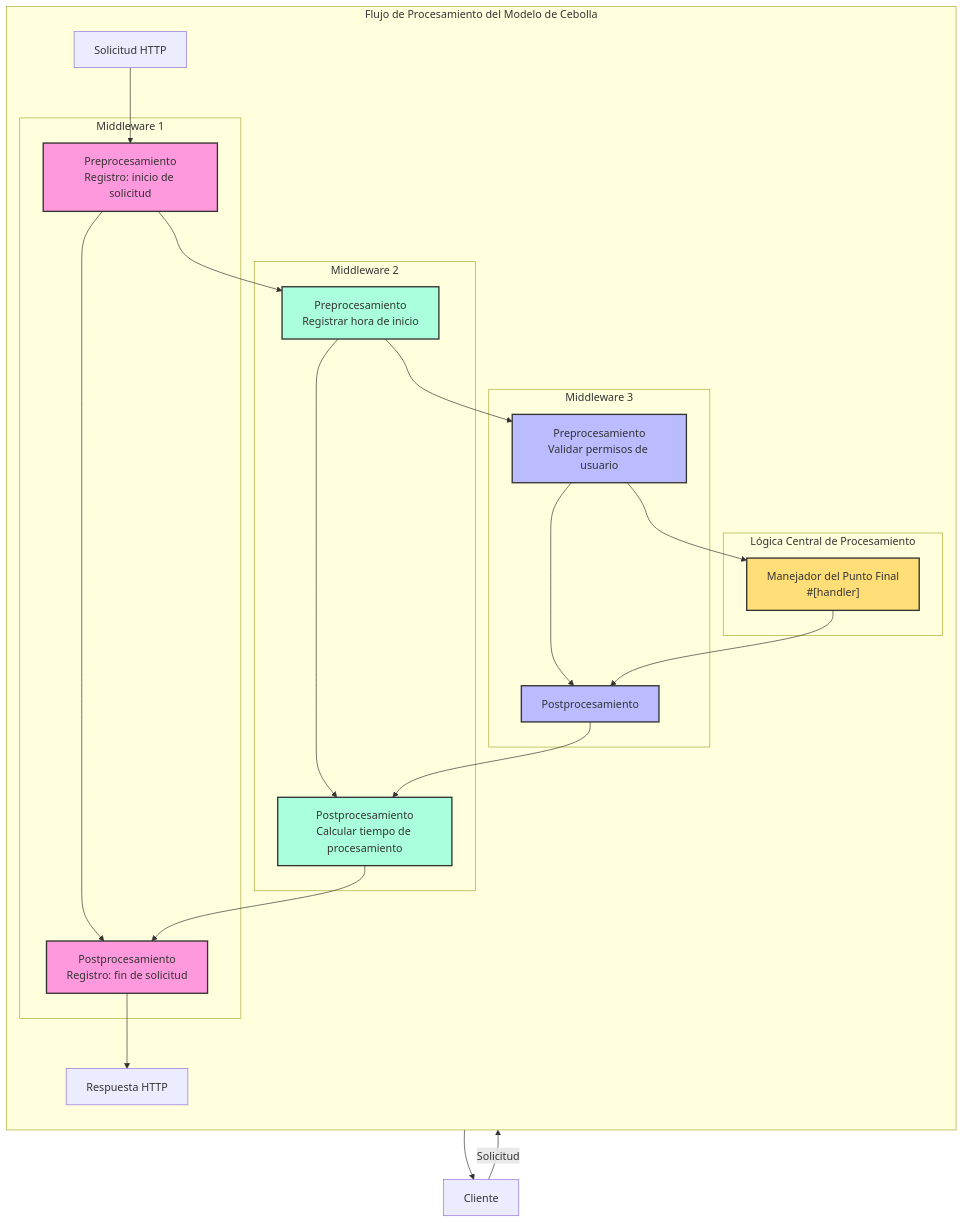
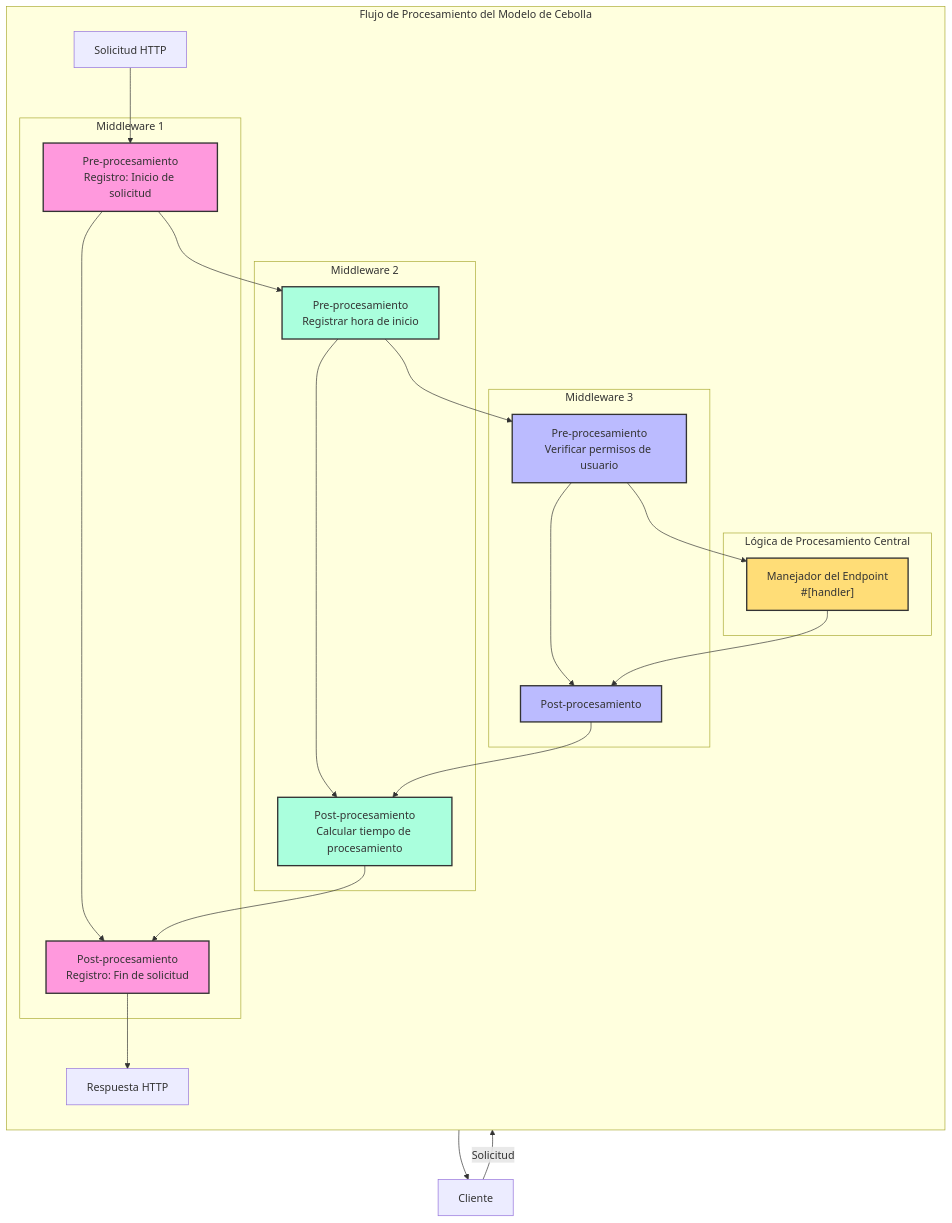
Before and after one commit to salvo-rs/website: the second of 2 diagrams in docs/es/guide/concepts/handler.mdx, drawn with Mermaid. The commit also changed other lines of this file and 1062 other files, not shown here.

````diff
--- a/docs/es/guide/concepts/handler.mdx
+++ b/docs/es/guide/concepts/handler.mdx
@@ -60,45 +60,45 @@
 ```mermaid
 flowchart TB
-    Cliente[Cliente] -->|Solicitud| Solicitud[Solicitud HTTP]
+    Client[Cliente] -->|Solicitud| Request[Solicitud HTTP]
 
     subgraph "Flujo de Procesamiento del Modelo de Cebolla"
         direction TB
 
         subgraph M1["Middleware 1"]
-            M1A["Preprocesamiento<br>Registro: inicio de solicitud"] --> M1B["Postprocesamiento<br>Registro: fin de solicitud"]
+            M1A["Pre-procesamiento<br>Registro: Inicio de solicitud"] --> M1B["Post-procesamiento<br>Registro: Fin de solicitud"]
         end
 
         subgraph M2["Middleware 2"]
-            M2A["Preprocesamiento<br>Registrar hora de inicio"] --> M2B["Postprocesamiento<br>Calcular tiempo de procesamiento"]
+            M2A["Pre-procesamiento<br>Registrar hora de inicio"] --> M2B["Post-procesamiento<br>Calcular tiempo de procesamiento"]
         end
 
         subgraph M3["Middleware 3"]
-            M3A["Preprocesamiento<br>Validar permisos de usuario"] --> M3B["Postprocesamiento<br>"]
+            M3A["Pre-procesamiento<br>Verificar permisos de usuario"] --> M3B["Post-procesamiento<br>"]
         end
 
-        subgraph Núcleo["Lógica Central de Procesamiento"]
-            Manejador["Manejador del Punto Final<br>#[handler]"]
+        subgraph Core["Lógica de Procesamiento Central"]
+            Handler["Manejador del Endpoint<br>#[handler]"]
         end
 
-        Solicitud --> M1A
+        Request --> M1A
         M1A --> M2A
         M2A --> M3A
-        M3A --> Manejador
-        Manejador --> M3B
+        M3A --> Handler
+        Handler --> M3B
         M3B --> M2B
         M2B --> M1B
-        M1B --> Respuesta
+        M1B --> Response
     end
 
-    Respuesta[Respuesta HTTP] --> Cliente
+    Response[Respuesta HTTP] --> Client
 
     classDef middleware1 fill:#f9d,stroke:#333,stroke-width:2px;
     classDef middleware2 fill:#afd,stroke:#333,stroke-width:2px;
     classDef middleware3 fill:#bbf,stroke:#333,stroke-width:2px;
-    classDef núcleo fill:#fd7,stroke:#333,stroke-width:2px;
+    classDef core fill:#fd7,stroke:#333,stroke-width:2px;
 
     class M1A,M1B middleware1;
     class M2A,M2B middleware2;
     class M3A,M3B middleware3;
-    class Manejador núcleo;
+    class Handler core;
 ```
````
